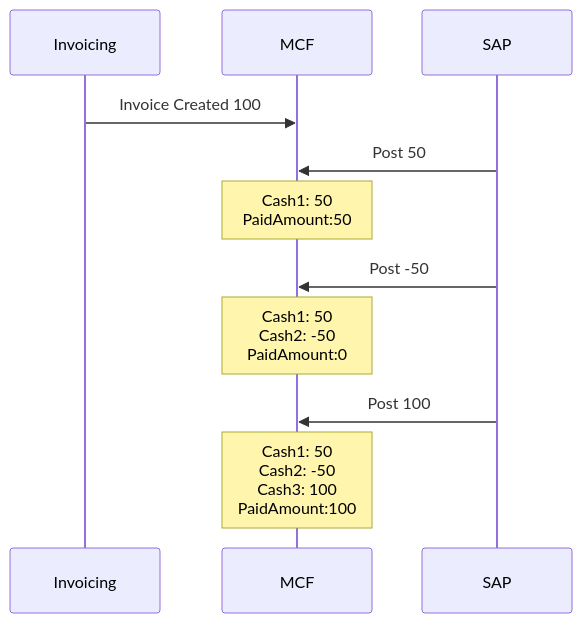
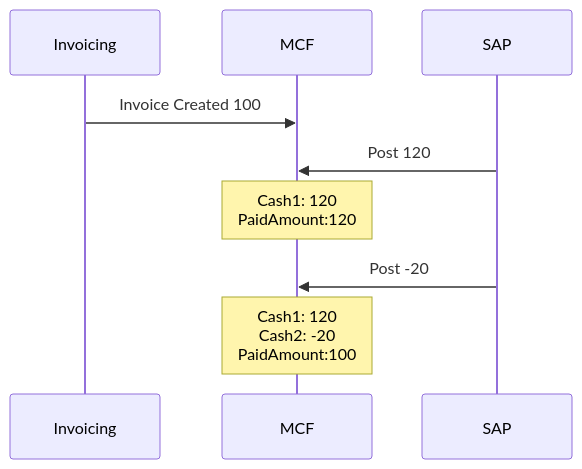
One commit to vikramsinha/test1 changed the fourth of 14 diagrams in MCF-SAP Scenarios.md. Above: the diagram before and after it, drawn with Mermaid. The commit also changed other lines of this file, not shown here.

Commit message:
Update MCF-SAP Scenarios.md

````diff
--- a/MCF-SAP Scenarios.md
+++ b/MCF-SAP Scenarios.md
@@ -33,14 +47,12 @@
 ```mermaid
 %%{init: {'theme': 'default'} }%%
 sequenceDiagram
     participant Invoicing
     participant MCF
     participant SAP
     Invoicing->>MCF: Invoice Created 100
-    SAP->>MCF: Post 50
-    Note over MCF: Cash1: 50<br/>PaidAmount:50
-    SAP->>MCF: Post -50
-    Note over MCF: Cash1: 50<br/>Cash2: -50<br/>PaidAmount:0
-    SAP->>MCF: Post 100
-    Note over MCF: Cash1: 50<br/>Cash2: -50<br/>Cash3: 100<br/>PaidAmount:100
+    SAP->>MCF: Post 120
+    Note over MCF: Cash1: 120<br/>PaidAmount:120
+    SAP->>MCF: Post -20
+    Note over MCF: Cash1: 120<br/>Cash2: -20<br/>PaidAmount:100
 ```
````
